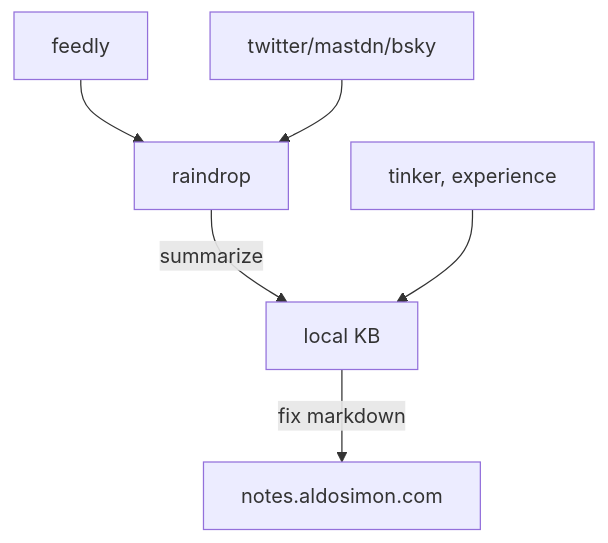
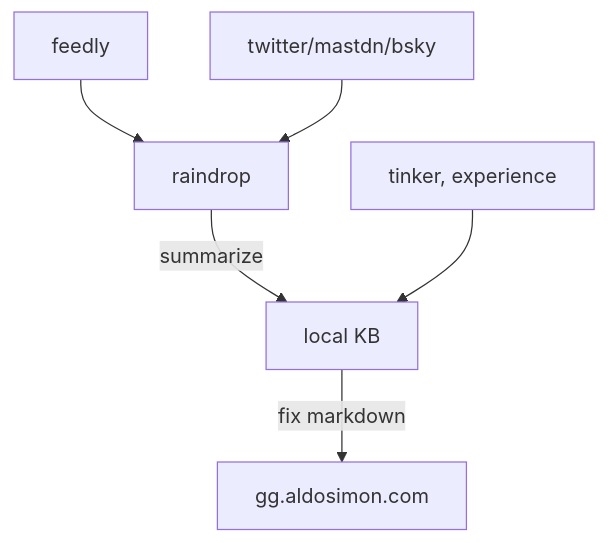
The diagram in docs/index.md (aldosimon/GitGudSecurity), drawn with Mermaid before and after one commit. The commit also changed other lines of this file and 1 other file, not shown here.

Commit message:
edit cname and index.md

````diff
--- a/docs/index.md
+++ b/docs/index.md
@@ -15,9 +15,9 @@
 ```mermaid
 graph TD
 
 feedly --> raindrop
 socmed[twitter/mastdn/bsky]  --> raindrop
 raindrop --> | summarize | compendiums[local KB] 
 try[tinker, experience] --> compendiums 
-compendiums --> | fix markdown | notes.aldosimon.com
+compendiums --> | fix markdown | gg.aldosimon.com
 ```
````
